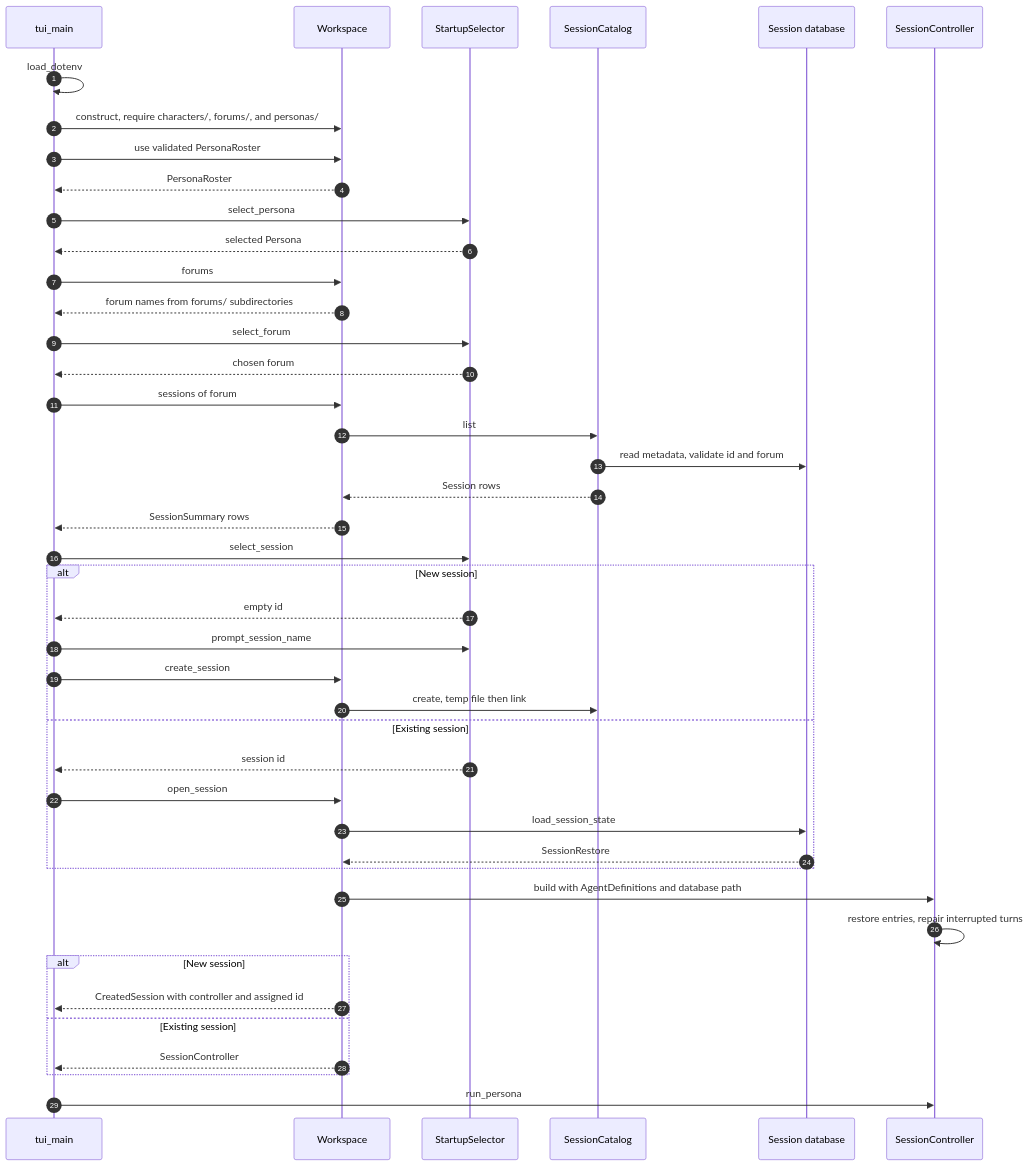
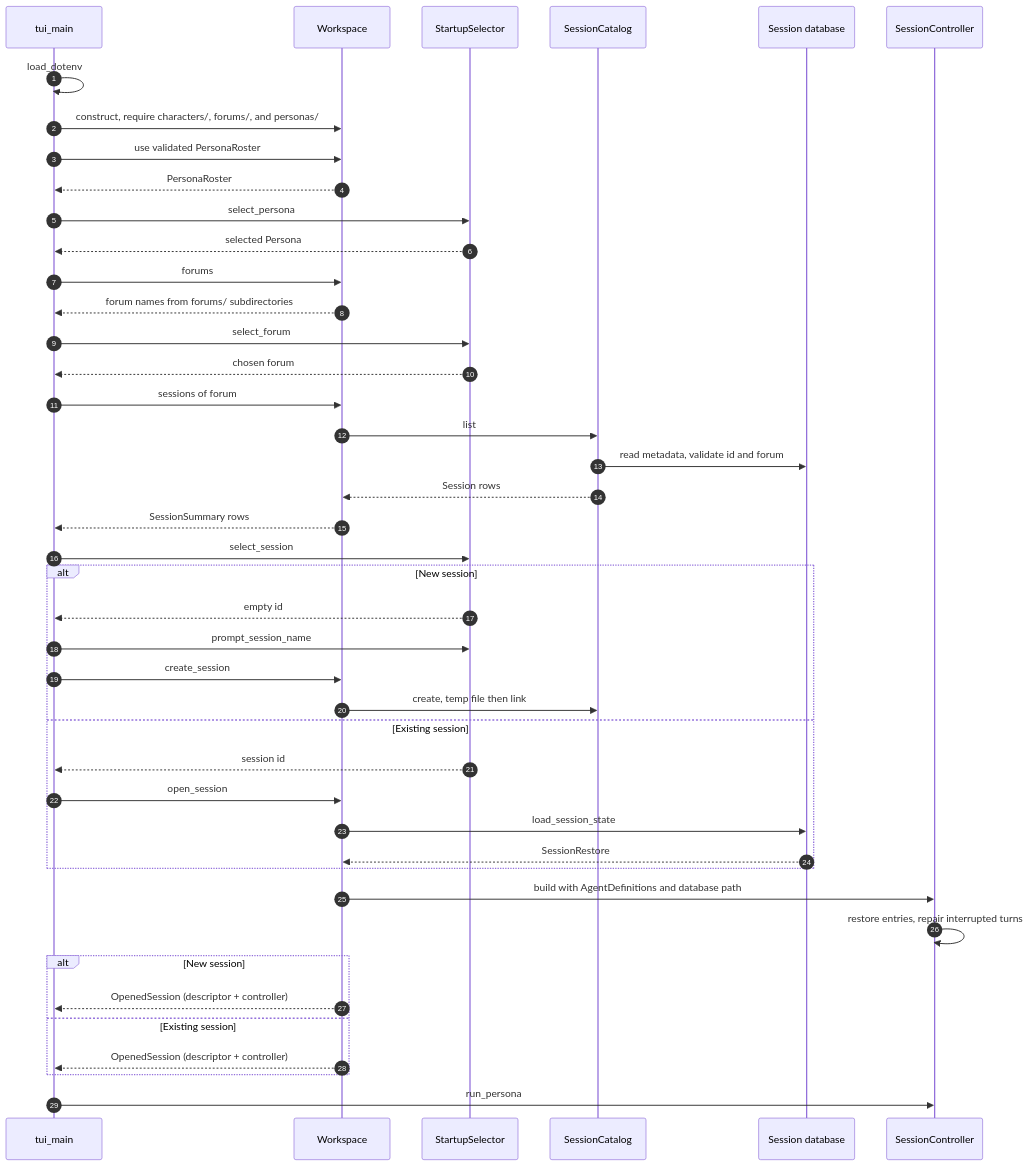
One commit to michaelpopov/cha changed the second of 4 diagrams in src/README.md. Above: the diagram before and after it, drawn with Mermaid. The commit also changed other lines of this file and 9 other files, not shown here.

````diff
--- a/src/README.md
+++ b/src/README.md
@@ -188,46 +188,46 @@
 ```mermaid
 sequenceDiagram
     autonumber
     participant main as tui_main
     participant ws as Workspace
     participant sel as StartupSelector
     participant cat as SessionCatalog
     participant db as Session database
     participant controller as SessionController
 
     main->>main: load_dotenv
     main->>ws: construct, require characters/, forums/, and personas/
     main->>ws: use validated PersonaRoster
     ws-->>main: PersonaRoster
     main->>sel: select_persona
     sel-->>main: selected Persona
     main->>ws: forums
     ws-->>main: forum names from forums/ subdirectories
     main->>sel: select_forum
     sel-->>main: chosen forum
     main->>ws: sessions of forum
     ws->>cat: list
     cat->>db: read metadata, validate id and forum
     cat-->>ws: Session rows
     ws-->>main: SessionSummary rows
     main->>sel: select_session
     alt New session
         sel-->>main: empty id
         main->>sel: prompt_session_name
         main->>ws: create_session
         ws->>cat: create, temp file then link
     else Existing session
         sel-->>main: session id
         main->>ws: open_session
         ws->>db: load_session_state
         db-->>ws: SessionRestore
     end
     ws->>controller: build with AgentDefinitions and database path
     controller->>controller: restore entries, repair interrupted turns
     alt New session
-        ws-->>main: CreatedSession with controller and assigned id
+        ws-->>main: OpenedSession (descriptor + controller)
     else Existing session
-        ws-->>main: SessionController
+        ws-->>main: OpenedSession (descriptor + controller)
     end
     main->>controller: run_persona
 ```
````
